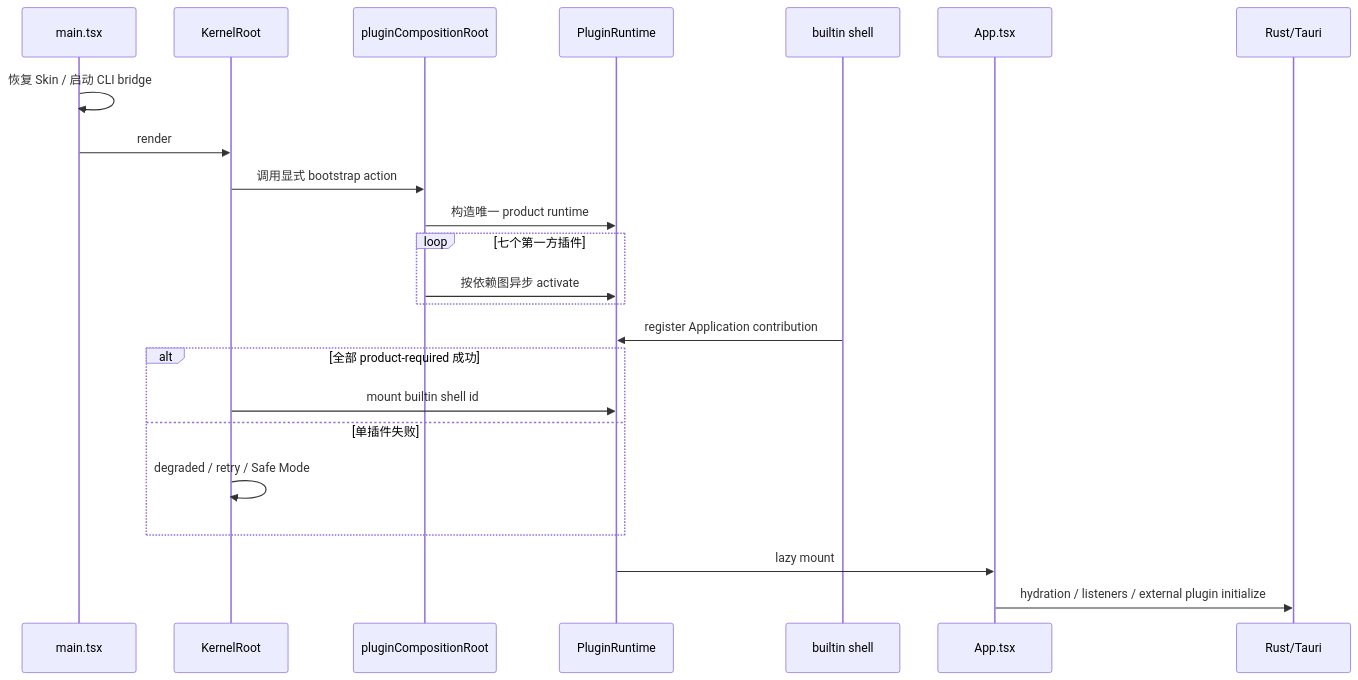
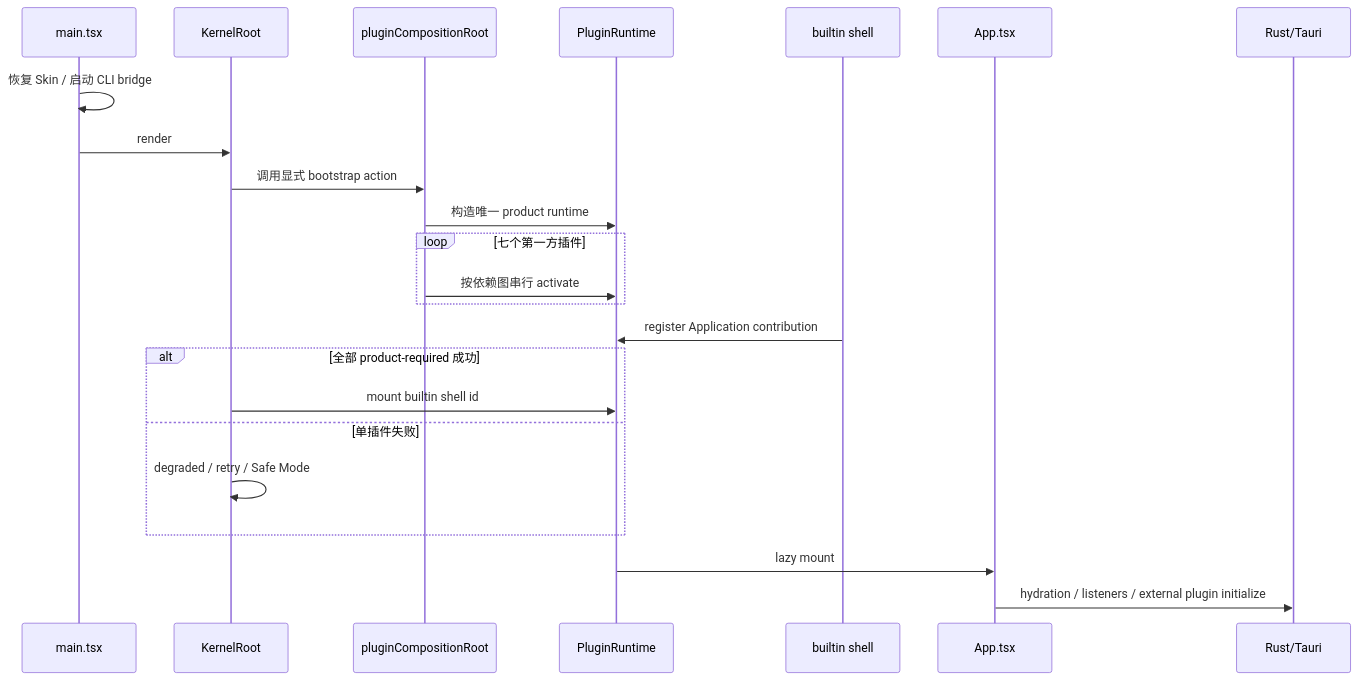
The second of 7 diagrams in docs/说明书/Pylon-项目架构参考.md (AlchemistCxC/Pylon-co-works), drawn with Mermaid before and after one commit. The commit also changed other lines of this file and 7 other files, not shown here.

````diff
--- a/docs/说明书/Pylon-项目架构参考.md
+++ b/docs/说明书/Pylon-项目架构参考.md
@@ -120,26 +120,26 @@
 ```mermaid
 sequenceDiagram
   participant Main as main.tsx
   participant Kernel as KernelRoot
   participant Composition as pluginCompositionRoot
   participant Runtime as PluginRuntime
   participant Shell as builtin shell
   participant App as App.tsx
   participant Tauri as Rust/Tauri
 
   Main->>Main: 恢复 Skin / 启动 CLI bridge
   Main->>Kernel: render
   Kernel->>Composition: 调用显式 bootstrap action
   Composition->>Runtime: 构造唯一 product runtime
   loop 七个第一方插件
-    Composition->>Runtime: 按依赖图异步 activate
+    Composition->>Runtime: 按依赖图串行 activate
   end
   Shell->>Runtime: register Application contribution
   alt 全部 product-required 成功
     Kernel->>Runtime: mount builtin shell id
   else 单插件失败
     Kernel->>Kernel: degraded / retry / Safe Mode
   end
   Runtime->>App: lazy mount
   App->>Tauri: hydration / listeners / external plugin initialize
 ```
````
